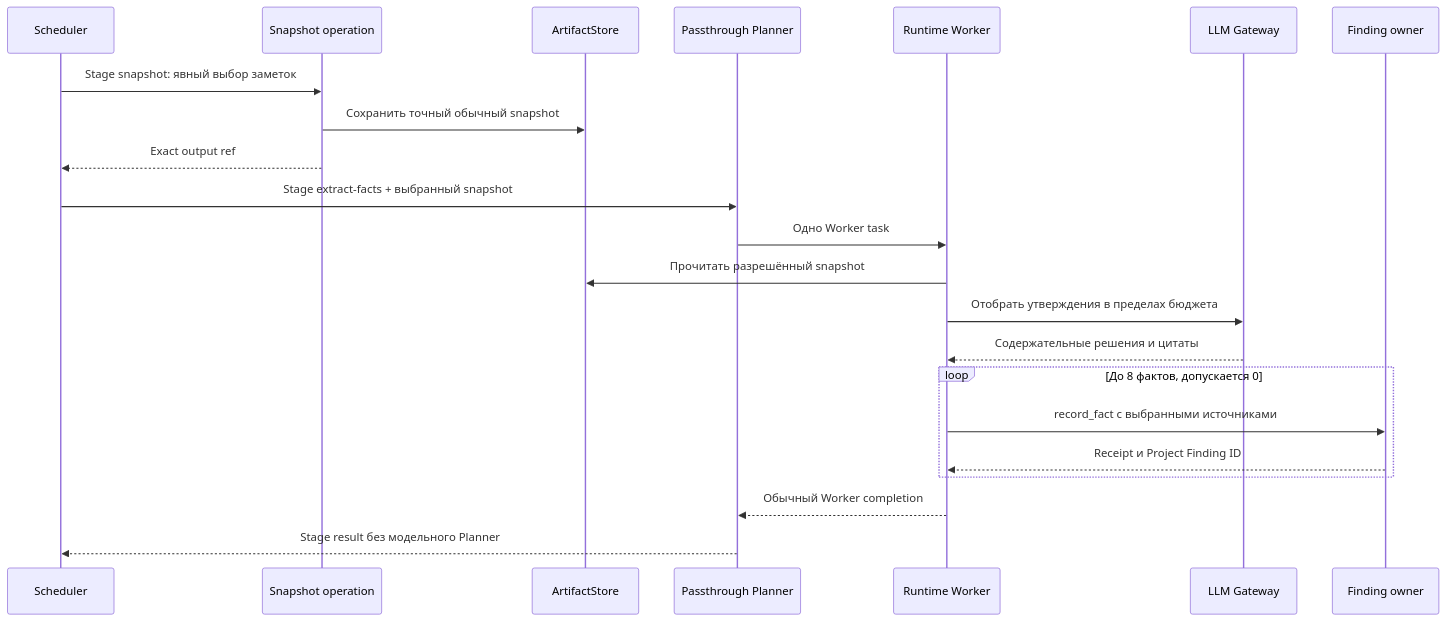
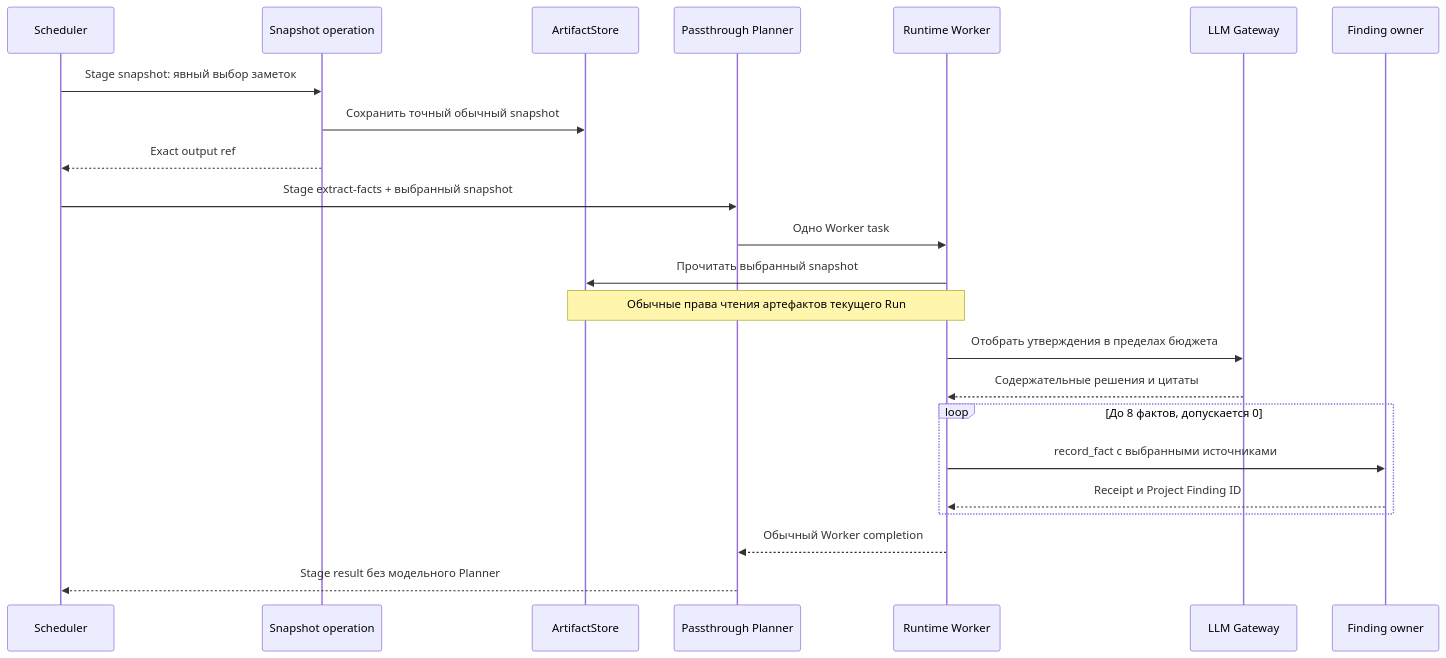
The fourth of 6 diagrams in docs/proposals/0055-project-facts-through-findings.md (grauwolf32/contractor), drawn with Mermaid before and after one commit. The commit also changed other lines of this file and 8 other files, not shown here.

````diff
--- a/docs/proposals/0055-project-facts-through-findings.md
+++ b/docs/proposals/0055-project-facts-through-findings.md
@@ -153,24 +179,25 @@
 ```mermaid
 sequenceDiagram
     participant S as Scheduler
     participant O as Snapshot operation
     participant A as ArtifactStore
     participant P as Passthrough Planner
     participant W as Runtime Worker
     participant L as LLM Gateway
     participant F as Finding owner
     S->>O: Stage snapshot: явный выбор заметок
     O->>A: Сохранить точный обычный snapshot
     O-->>S: Exact output ref
     S->>P: Stage extract-facts + выбранный snapshot
     P->>W: Одно Worker task
-    W->>A: Прочитать разрешённый snapshot
+    W->>A: Прочитать выбранный snapshot
+    Note over W,A: Обычные права чтения артефактов текущего Run
     W->>L: Отобрать утверждения в пределах бюджета
     L-->>W: Содержательные решения и цитаты
     loop До 8 фактов, допускается 0
         W->>F: record_fact с выбранными источниками
         F-->>W: Receipt и Project Finding ID
     end
     W-->>P: Обычный Worker completion
     P-->>S: Stage result без модельного Planner
 ```
````
